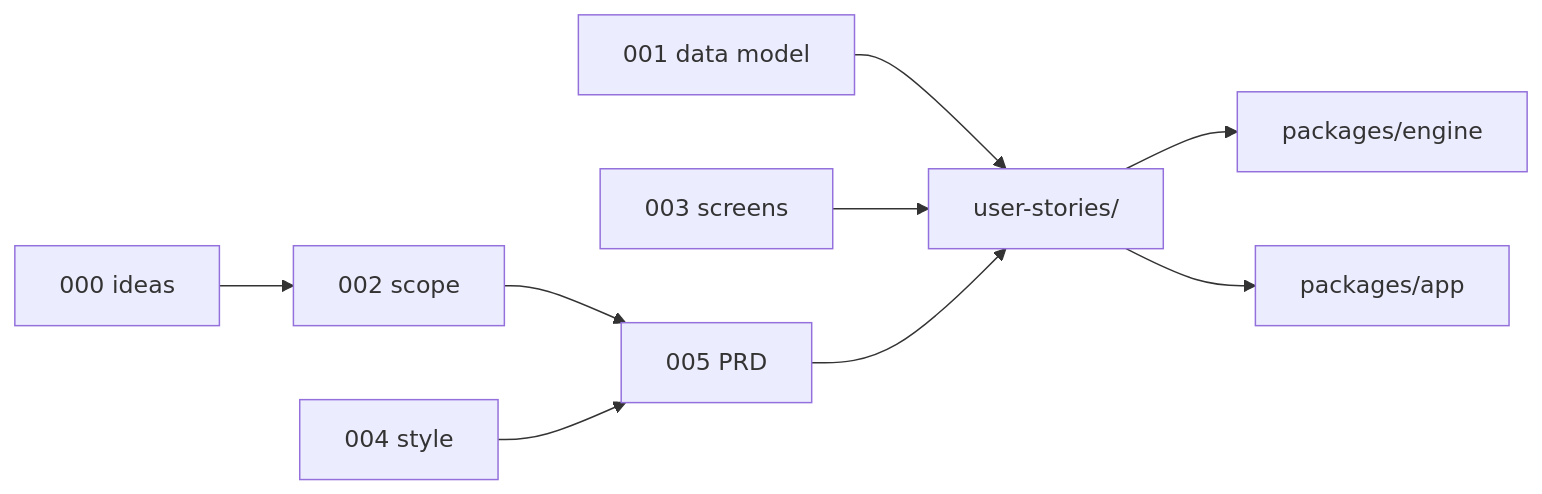
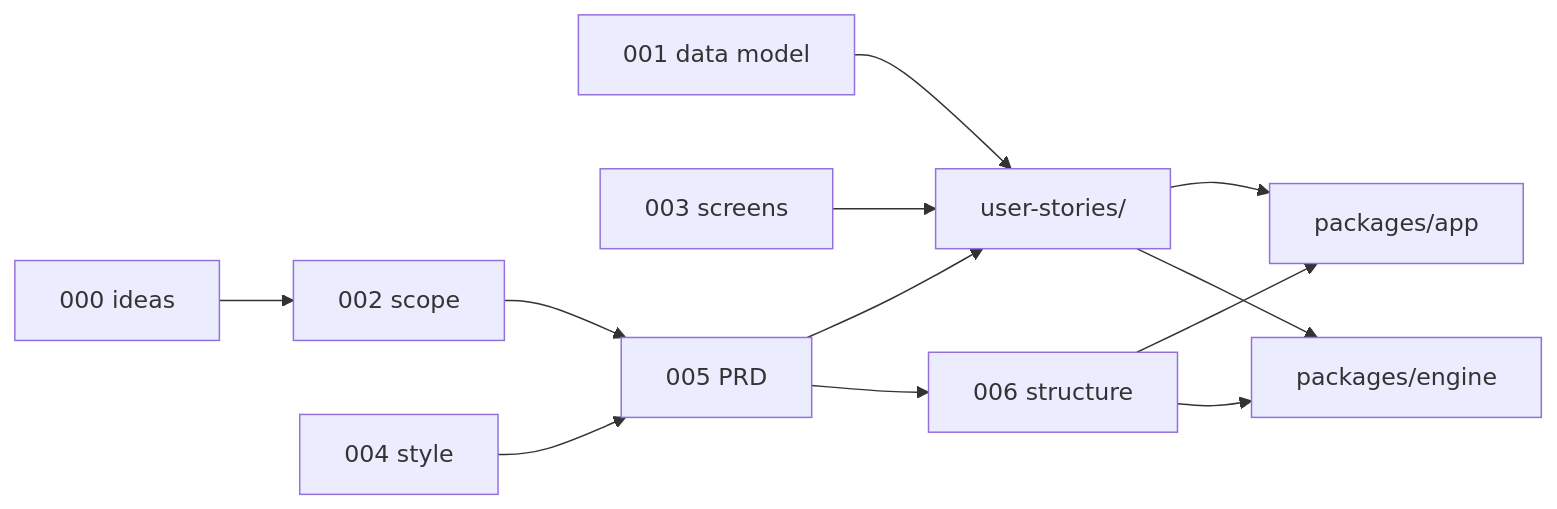
The second of 2 diagrams in docs/specs/005-prd.md (renancardo/cashflow), drawn with Mermaid before and after one commit. The commit also changed other lines of this file and 7 other files, not shown here.

Commit message:
Add project structure documentation for Cashflow app. Introduced `006-project-structure.md` detailing monorepo layout, package boundaries, and runtime flows. Updated related documents to reference the new structure, enhancing clarity on project organization and user flows.

````diff
--- a/docs/specs/005-prd.md
+++ b/docs/specs/005-prd.md
@@ -231,21 +231,25 @@
 ```mermaid
 flowchart LR
   Ideas["000 ideas"]
   DM["001 data model"]
   Scope["002 scope"]
   Screens["003 screens"]
   Style["004 style"]
   PRD["005 PRD"]
+  Structure["006 structure"]
   Stories["user-stories/"]
   Engine["packages/engine"]
   App["packages/app"]
 
   Ideas --> Scope
   DM --> Stories
   Scope --> PRD
   Screens --> Stories
   Style --> PRD
+  PRD --> Structure
   PRD --> Stories
+  Structure --> Engine
+  Structure --> App
   Stories --> Engine
   Stories --> App
 ```
````
